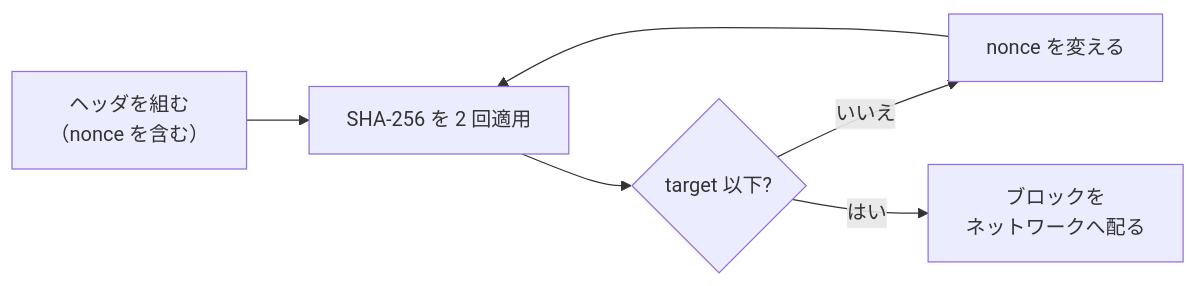
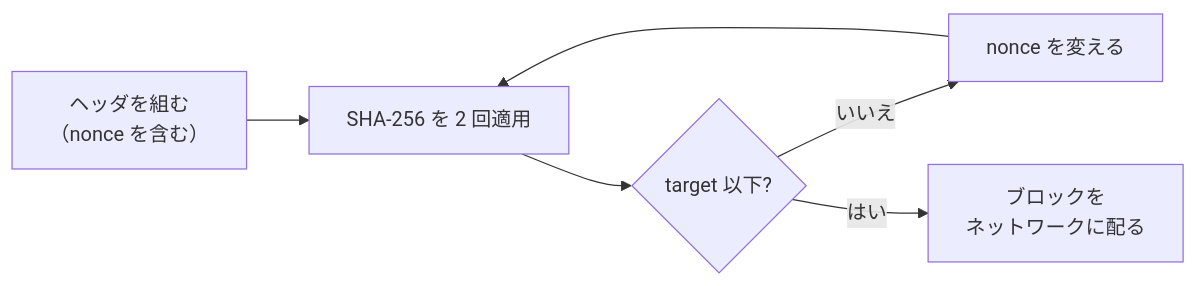
Before and after one commit to nao1215/debimate: the second of 6 diagrams in content/notes/blockchain-systems/proof-of-work/index.md, drawn with Mermaid. The commit also changed other lines of this file and 46 other files, not shown here.

````diff
--- a/content/notes/blockchain-systems/proof-of-work/index.md
+++ b/content/notes/blockchain-systems/proof-of-work/index.md
@@ -33,7 +33,7 @@
 ```mermaid
 flowchart LR
     H["ヘッダを組む<br/>（nonce を含む）"] --> S["SHA-256 を 2 回適用"]
     S --> J{"target 以下?"}
     J -->|いいえ| N["nonce を変える"] --> S
-    J -->|はい| B["ブロックを<br/>ネットワークへ配る"]
+    J -->|はい| B["ブロックを<br/>ネットワークに配る"]
 ```
````
